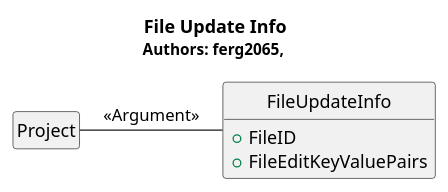
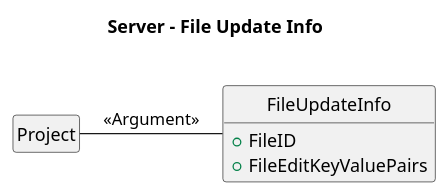
The diagram in hw3/Server/server_fileupdateinfo.pu (voxelv/sQuire_kw), drawn with PlantUML before and after one commit. The commit also changed 22 other files, not shown here.

```diff
--- a/hw3/Server/server_fileupdateinfo.pu
+++ b/hw3/Server/server_fileupdateinfo.pu
@@ -1,16 +1,15 @@
 @startuml
 hide circle
 hide empty members
 
-Title <b>File Update Info</b>\n<size:12>Authors: ferg2065, </size>
+Title <b>Server - File Update Info</b>\n
 
 class "Project" as sqp
 class "FileUpdateInfo" as sqfui{
 	+FileID
 	+FileEditKeyValuePairs
 	}
 
-
 sqp - sqfui : <<Argument>>
 
 @enduml
```
